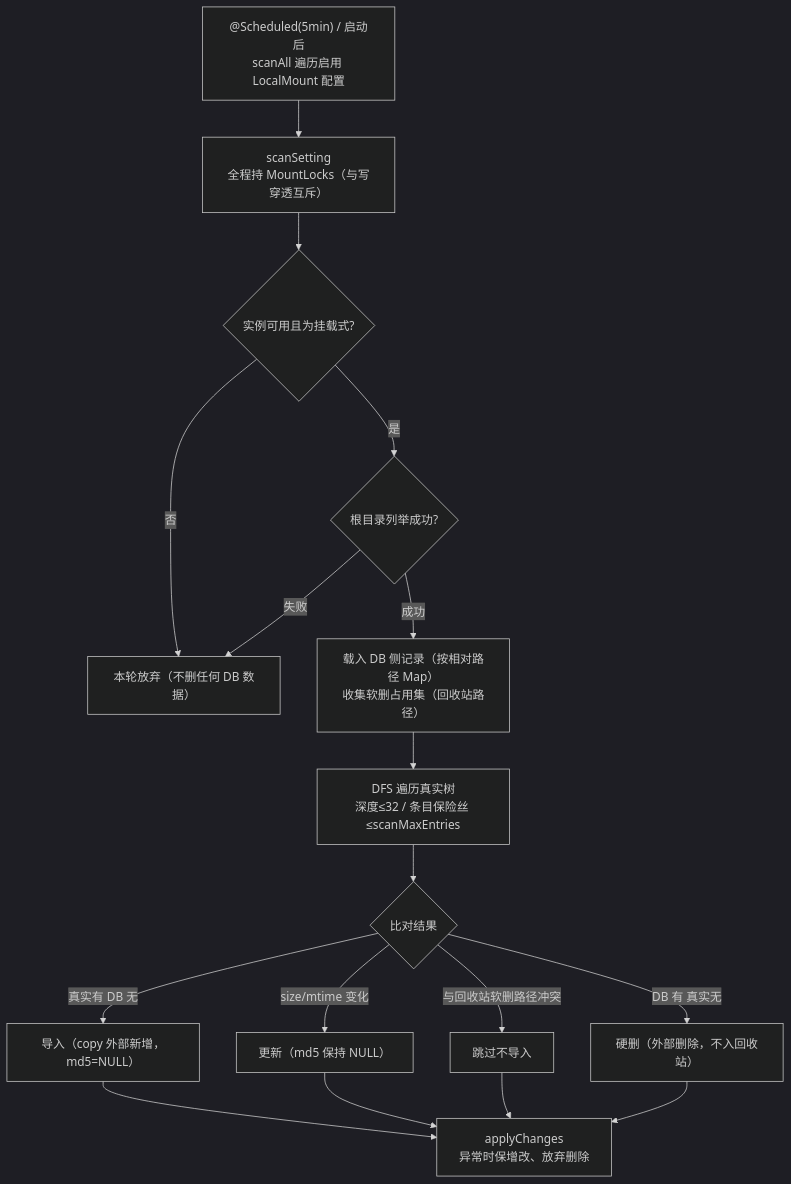
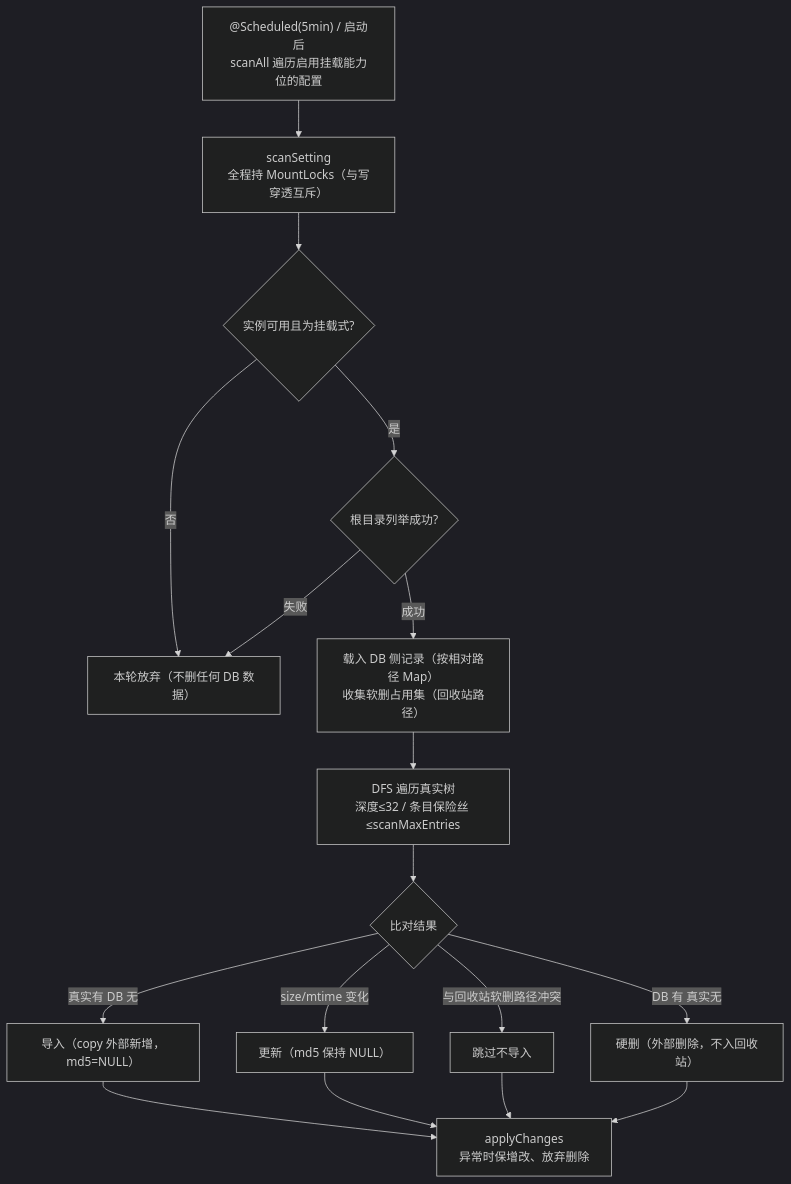
The second of 2 diagrams in doc/10-存储平台与配置设计.md (guangheUlti/gfs), drawn with Mermaid (dark theme) before and after one commit. The commit also changed other lines of this file and 8 other files, not shown here.

````diff
--- a/doc/10-存储平台与配置设计.md
+++ b/doc/10-存储平台与配置设计.md
@@ -112,19 +112,19 @@
 ```mermaid
 flowchart TD
-    A["@Scheduled(5min) / 启动后<br/>scanAll 遍历启用 LocalMount 配置"] --> B["scanSetting<br/>全程持 MountLocks（与写穿透互斥）"]
+    A["@Scheduled(5min) / 启动后<br/>scanAll 遍历启用挂载能力位的配置"] --> B["scanSetting<br/>全程持 MountLocks（与写穿透互斥）"]
     B --> C{"实例可用且为挂载式?"}
     C -- 否 --> D[本轮放弃（不删任何 DB 数据）]
     C -- 是 --> E{"根目录列举成功?"}
     E -- 失败 --> D
     E -- 成功 --> F["载入 DB 侧记录（按相对路径 Map）<br/>收集软删占用集（回收站路径）"]
     F --> G["DFS 遍历真实树<br/>深度≤32 / 条目保险丝 ≤scanMaxEntries"]
     G --> H{"比对结果"}
     H -- 真实有 DB 无 --> I["导入（copy 外部新增，md5=NULL）"]
     H -- size/mtime 变化 --> J["更新（md5 保持 NULL）"]
     H -- 与回收站软删路径冲突 --> K[跳过不导入]
     H -- DB 有 真实无 --> L["硬删（外部删除，不入回收站）"]
     I --> M["applyChanges<br/>异常时保增改、放弃删除"]
     J --> M
     K --> M
     L --> M
 ```
````
